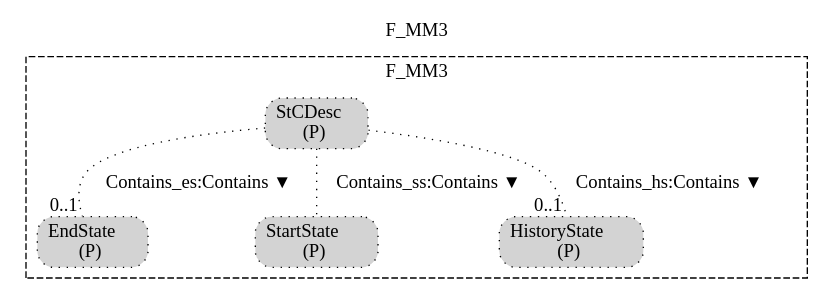
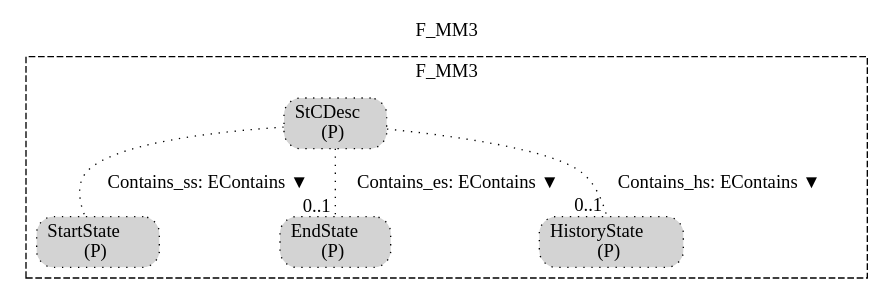
Before and after one commit to namalio/Fragmenta: the diagram in Haskell/Statecharts/MM/img/F_MM3.gv, drawn with Graphviz. The commit also changed 106 other files, not shown here.

```diff
--- a/Haskell/Statecharts/MM/img/F_MM3.gv
+++ b/Haskell/Statecharts/MM/img/F_MM3.gv
@@ -1,17 +1,17 @@
 digraph {graph[label=F_MM3,labelloc=tl,labelfontsize=12];
 subgraph cluster_F_MM3{style=dashed;label=F_MM3;
+"PStCDesc"[shape=box,fillcolor=lightgray,style ="rounded,filled,dotted",label=<StCDesc<br/>(P)>];
+"PStartState"[shape=box,fillcolor=lightgray,style ="rounded,filled,dotted",label=<StartState<br/>(P)>];
 "PEndState"[shape=box,fillcolor=lightgray,style ="rounded,filled,dotted",label=<EndState<br/>(P)>];
-"PStartState"[shape=box,fillcolor=lightgray,style ="rounded,filled,dotted",label=<StartState<br/>(P)>];
-"PStCDesc"[shape=box,fillcolor=lightgray,style ="rounded,filled,dotted",label=<StCDesc<br/>(P)>];
 "PHistoryState"[shape=box,fillcolor=lightgray,style ="rounded,filled,dotted",label=<HistoryState<br/>(P)>];
 
-"PStCDesc"->"PEndState"[label="Contains_es:Contains ▼",dir=none,taillabel="",headlabel="0..1",style=dotted];
-"PStCDesc"->"PStartState"[label="Contains_ss:Contains ▼",dir=none,taillabel="",headlabel="",style=dotted];
-"PStCDesc"->"PHistoryState"[label="Contains_hs:Contains ▼",dir=none,taillabel="",headlabel="0..1",style=dotted];
+"PStCDesc"->"PEndState"[label="Contains_es: EContains ▼",dir=none,taillabel="",headlabel="0..1",style=dotted];
+"PStCDesc"->"PStartState"[label="Contains_ss: EContains ▼",dir=none,taillabel="",headlabel="",style=dotted];
+"PStCDesc"->"PHistoryState"[label="Contains_hs: EContains ▼",dir=none,taillabel="",headlabel="0..1",style=dotted];
 
 }
 
 
 
 
 }
```
